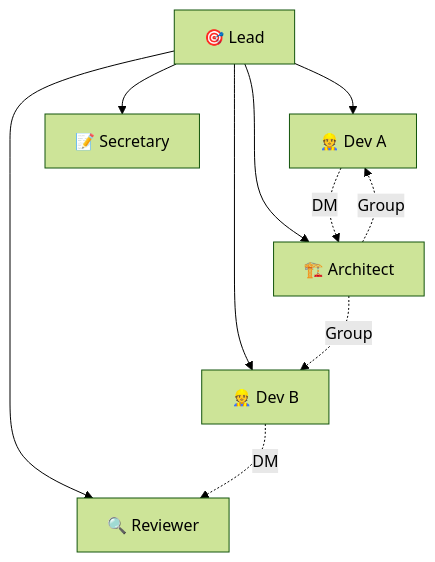
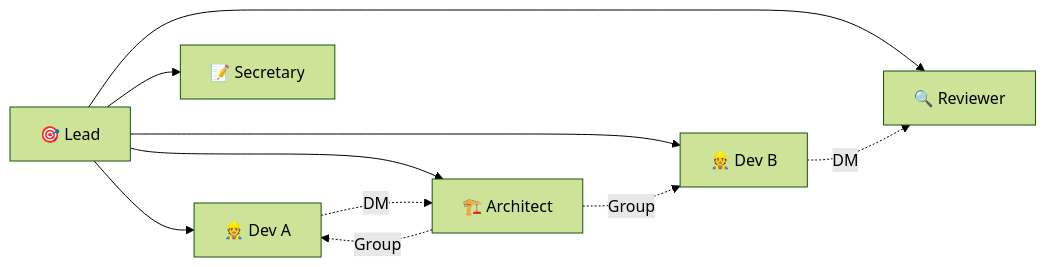
One commit to justinchuby/ai-crew changed the second of 3 diagrams in presentations/slides.md. Above: the diagram before and after it, drawn with Mermaid (forest theme). The commit also changed other lines of this file, not shown here.

````diff
--- a/presentations/slides.md
+++ b/presentations/slides.md
@@ -648,7 +658,7 @@
 ```mermaid
-graph TD
+graph LR
     Lead["🎯 Lead"] --> Dev1["👷 Dev A"] & Dev2["👷 Dev B"] & Arch["🏗️ Architect"] & Rev["🔍 Reviewer"] & Sec["📝 Secretary"]
     Dev1 -.->|"DM"| Arch
     Dev2 -.->|"DM"| Rev
     Arch -.->|"Group"| Dev1 & Dev2
 ```
````
